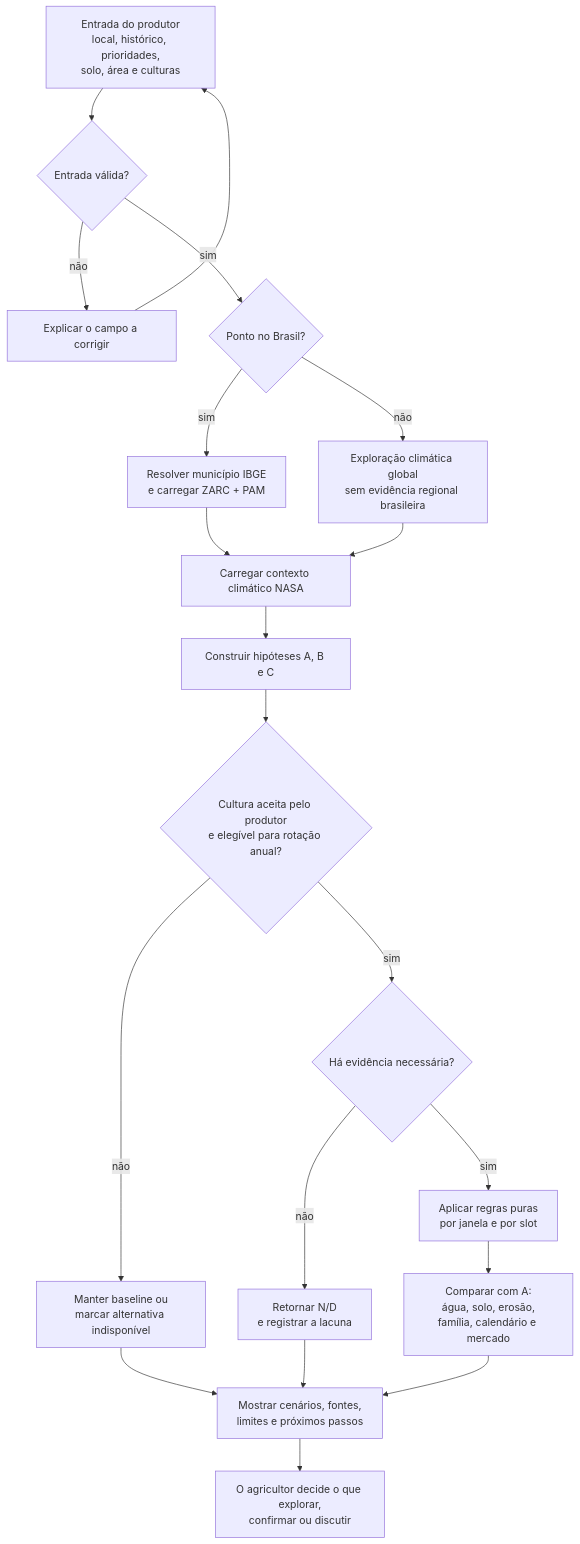
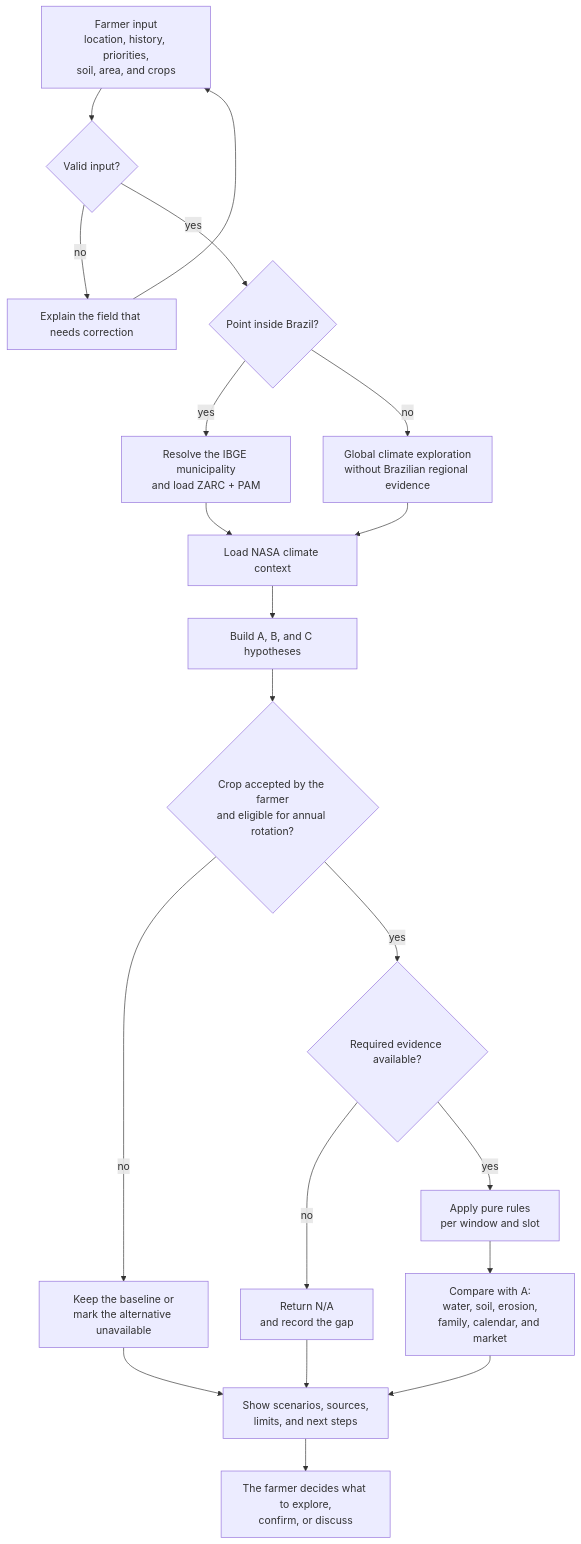
Before and after one commit to Gustavo-Cruzz/Nasa2026-Pos-Resenha: the second of 5 diagrams in README.md, drawn with Mermaid. The commit also changed other lines of this file and 1 other file, not shown here.

````diff
--- a/README.md
+++ b/README.md
@@ -83,26 +83,26 @@
 ```mermaid
 flowchart TD
-    INPUT[Entrada do produtor<br/>local, histórico, prioridades,<br/>solo, área e culturas] --> VALIDATE{Entrada válida?}
-    VALIDATE -- não --> FIX[Explicar o campo a corrigir]
+    INPUT[Farmer input<br/>location, history, priorities,<br/>soil, area, and crops] --> VALIDATE{Valid input?}
+    VALIDATE -- no --> FIX[Explain the field that needs correction]
     FIX --> INPUT
-    VALIDATE -- sim --> REGION{Ponto no Brasil?}
+    VALIDATE -- yes --> REGION{Point inside Brazil?}
 
-    REGION -- sim --> MUNICIPAL[Resolver município IBGE<br/>e carregar ZARC + PAM]
-    REGION -- não --> GLOBAL[Exploração climática global<br/>sem evidência regional brasileira]
+    REGION -- yes --> MUNICIPAL[Resolve the IBGE municipality<br/>and load ZARC + PAM]
+    REGION -- no --> GLOBAL[Global climate exploration<br/>without Brazilian regional evidence]
 
-    MUNICIPAL --> CLIMATE[Carregar contexto climático NASA]
+    MUNICIPAL --> CLIMATE[Load NASA climate context]
     GLOBAL --> CLIMATE
-    CLIMATE --> CANDIDATES[Construir hipóteses A, B e C]
+    CLIMATE --> CANDIDATES[Build A, B, and C hypotheses]
 
-    CANDIDATES --> FARMER{Cultura aceita pelo produtor<br/>e elegível para rotação anual?}
-    FARMER -- não --> UNAVAILABLE[Manter baseline ou<br/>marcar alternativa indisponível]
-    FARMER -- sim --> EVIDENCE{Há evidência necessária?}
-    EVIDENCE -- não --> ND[Retornar N/D<br/>e registrar a lacuna]
-    EVIDENCE -- sim --> RULES[Aplicar regras puras<br/>por janela e por slot]
+    CANDIDATES --> FARMER{Crop accepted by the farmer<br/>and eligible for annual rotation?}
+    FARMER -- no --> UNAVAILABLE[Keep the baseline or<br/>mark the alternative unavailable]
+    FARMER -- yes --> EVIDENCE{Required evidence available?}
+    EVIDENCE -- no --> ND[Return N/A<br/>and record the gap]
+    EVIDENCE -- yes --> RULES[Apply pure rules<br/>per window and slot]
 
-    RULES --> TRADEOFFS[Comparar com A:<br/>água, solo, erosão,<br/>família, calendário e mercado]
+    RULES --> TRADEOFFS[Compare with A:<br/>water, soil, erosion,<br/>family, calendar, and market]
     ND --> RESULT
     UNAVAILABLE --> RESULT
-    TRADEOFFS --> RESULT[Mostrar cenários, fontes,<br/>limites e próximos passos]
-    RESULT --> DECIDE[O agricultor decide o que explorar,<br/>confirmar ou discutir]
+    TRADEOFFS --> RESULT[Show scenarios, sources,<br/>limits, and next steps]
+    RESULT --> DECIDE[The farmer decides what to explore,<br/>confirm, or discuss]
 ```
````
